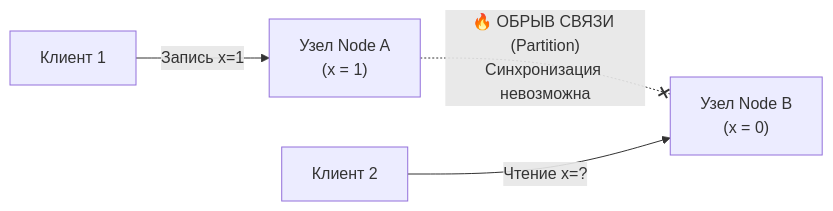
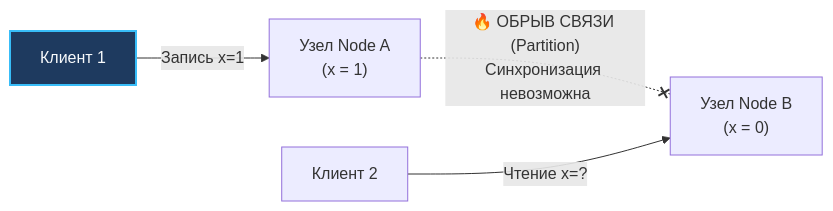
One commit to UnrealTemplier/go-textbook changed the second of 3 diagrams in sources/14. Распределенные системы на Go/01. Основы/6. Consistency vs availability.md. Above: the diagram before and after it, drawn with Mermaid. The commit also changed other lines of this file and 1666 other files, not shown here.

First line of the commit message:
feat(mermaid): add semantic color classDef to 1369 colorless flowchart/graph diagrams

````diff
--- a/sources/14. Распределенные системы на Go/01. Основы/6. Consistency vs availability.md
+++ b/sources/14. Распределенные системы на Go/01. Основы/6. Consistency vs availability.md
@@ -46,8 +46,18 @@
 ```mermaid
 flowchart LR
-    Client1["Клиент 1"] -->|"Запись x=1"| NodeA["Узел Node A<br>(x = 1)"]
+    classDef process  fill:#1e293b,stroke:#38bdf8,stroke-width:1px,color:#f8fafc
+    classDef success  fill:#064e3b,stroke:#34d399,stroke-width:1px,color:#f8fafc
+    classDef error    fill:#7f1d1d,stroke:#f87171,stroke-width:1px,color:#f8fafc
+    classDef warning  fill:#78350f,stroke:#fbbf24,stroke-width:1px,color:#f8fafc
+    classDef entry    fill:#1e3a5f,stroke:#38bdf8,stroke-width:2px,color:#f8fafc
+    classDef aux      fill:#334155,stroke:#64748b,stroke-width:1px,color:#f8fafc
+    classDef system   fill:#312e81,stroke:#a78bfa,stroke-width:1px,color:#f8fafc
+    classDef data     fill:#132d29,stroke:#2dd4bf,stroke-width:1px,color:#f8fafc
+    classDef network  fill:#881337,stroke:#fb7185,stroke-width:1px,color:#f8fafc
+    classDef accent   fill:#1e1b4b,stroke:#818cf8,stroke-width:1px,color:#f8fafc
+    Client1["Клиент 1"]:::entry -->|"Запись x=1"| NodeA["Узел Node A<br>(x = 1)"]
     
     NodeA -.-x|"🔥 ОБРЫВ СВЯЗИ (Partition)<br>Синхронизация невозможна"| NodeB["Узел Node B<br>(x = 0)"]
     
     Client2["Клиент 2"] -->|"Чтение x=?"| NodeB
 ```
````
